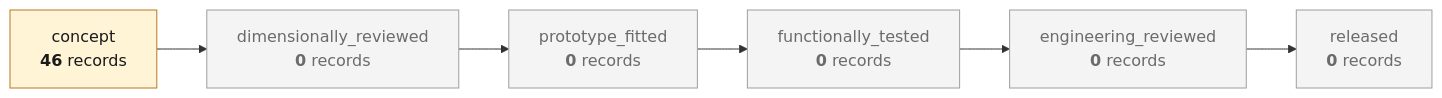
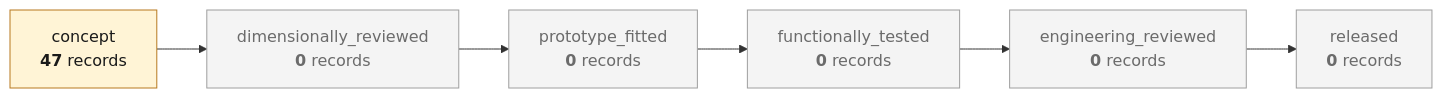
One commit to cluster2600/porscheparts changed the fourth of 5 diagrams in docs/ENGINEERING_OVERVIEW.md. Above: the diagram before and after it, drawn with Mermaid. The commit also changed other lines of this file and 41 other files, not shown here.

````diff
--- a/docs/ENGINEERING_OVERVIEW.md
+++ b/docs/ENGINEERING_OVERVIEW.md
@@ -546,18 +547,18 @@
 ```mermaid
 flowchart LR
-    L0["concept<br/><b>46</b> records"]
+    L0["concept<br/><b>47</b> records"]
     L1["dimensionally_reviewed<br/><b>0</b> records"]
     L2["prototype_fitted<br/><b>0</b> records"]
     L3["functionally_tested<br/><b>0</b> records"]
     L4["engineering_reviewed<br/><b>0</b> records"]
     L5["released<br/><b>0</b> records"]
     L0 --> L1 --> L2 --> L3 --> L4 --> L5
     classDef here fill:#fff4d6,stroke:#b7791f,color:#1a1a1a;
     classDef empty fill:#f4f4f4,stroke:#9e9e9e,color:#6b6b6b;
     class L0 here
     class L1 empty
     class L2 empty
     class L3 empty
     class L4 empty
     class L5 empty
 ```
````
